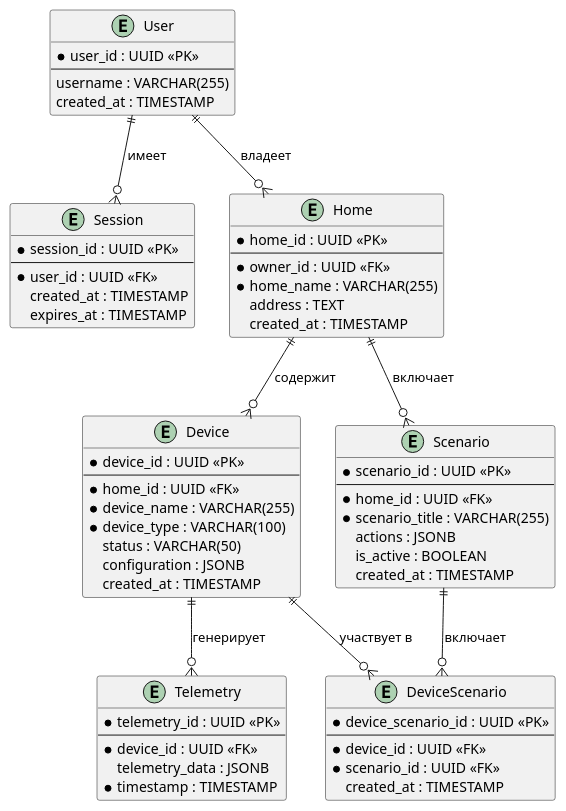
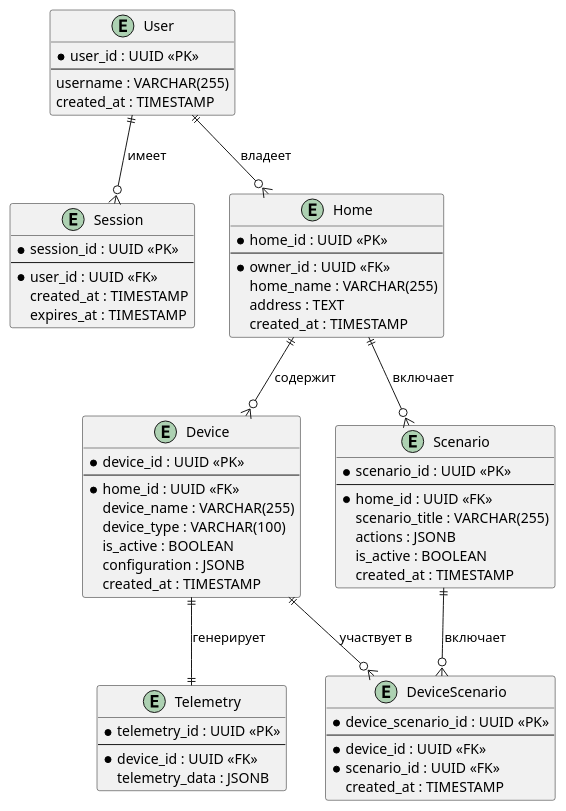
One commit to melnik88/architecture-pro-warmhouse changed the diagram in schemas/er_diagram.puml. Above: the diagram before and after it, drawn with PlantUML. The commit also changed 10 other files, not shown here.

```diff
--- a/schemas/er_diagram.puml
+++ b/schemas/er_diagram.puml
@@ -1,75 +1,74 @@
 @startuml
 ' Сущности
 entity "User" as user {
   * user_id : UUID <<PK>>
   --
   username : VARCHAR(255)
   created_at : TIMESTAMP
 }
 
 entity "Session" as session {
   * session_id : UUID <<PK>>
   --
   * user_id : UUID <<FK>>
   created_at : TIMESTAMP
   expires_at : TIMESTAMP
 }
 
 entity "Home" as home {
   * home_id : UUID <<PK>>
   --
   * owner_id : UUID <<FK>>
-  * home_name : VARCHAR(255)
+  home_name : VARCHAR(255)
   address : TEXT
   created_at : TIMESTAMP
 }
 
 entity "Device" as device {
   * device_id : UUID <<PK>>
   --
   * home_id : UUID <<FK>>
-  * device_name : VARCHAR(255)
-  * device_type : VARCHAR(100)
-  status : VARCHAR(50)
+  device_name : VARCHAR(255)
+  device_type : VARCHAR(100)
+  is_active : BOOLEAN
   configuration : JSONB
   created_at : TIMESTAMP
 }
 
 entity "Telemetry" as telemetry {
   * telemetry_id : UUID <<PK>>
   --
   * device_id : UUID <<FK>>
   telemetry_data : JSONB
-  * timestamp : TIMESTAMP
 }
 
 entity "Scenario" as scenario {
   * scenario_id : UUID <<PK>>
   --
   * home_id : UUID <<FK>>
-  * scenario_title : VARCHAR(255)
+  scenario_title : VARCHAR(255)
   actions : JSONB
   is_active : BOOLEAN
   created_at : TIMESTAMP
 }
 
 entity "DeviceScenario" as device_scenario {
   * device_scenario_id : UUID <<PK>>
   --
   * device_id : UUID <<FK>>
   * scenario_id : UUID <<FK>>
   created_at : TIMESTAMP
 }
 
 ' Связи
 user ||--o{ session : "имеет"
 user ||--o{ home : "владеет"
 
 home ||--o{ device : "содержит"
 home ||--o{ scenario : "включает"
 
-device ||--o{ telemetry : "генерирует"
+device ||--|| telemetry : "генерирует"
 device ||--o{ device_scenario : "участвует в"
 scenario ||--o{ device_scenario : "включает"
 
 @enduml
```
